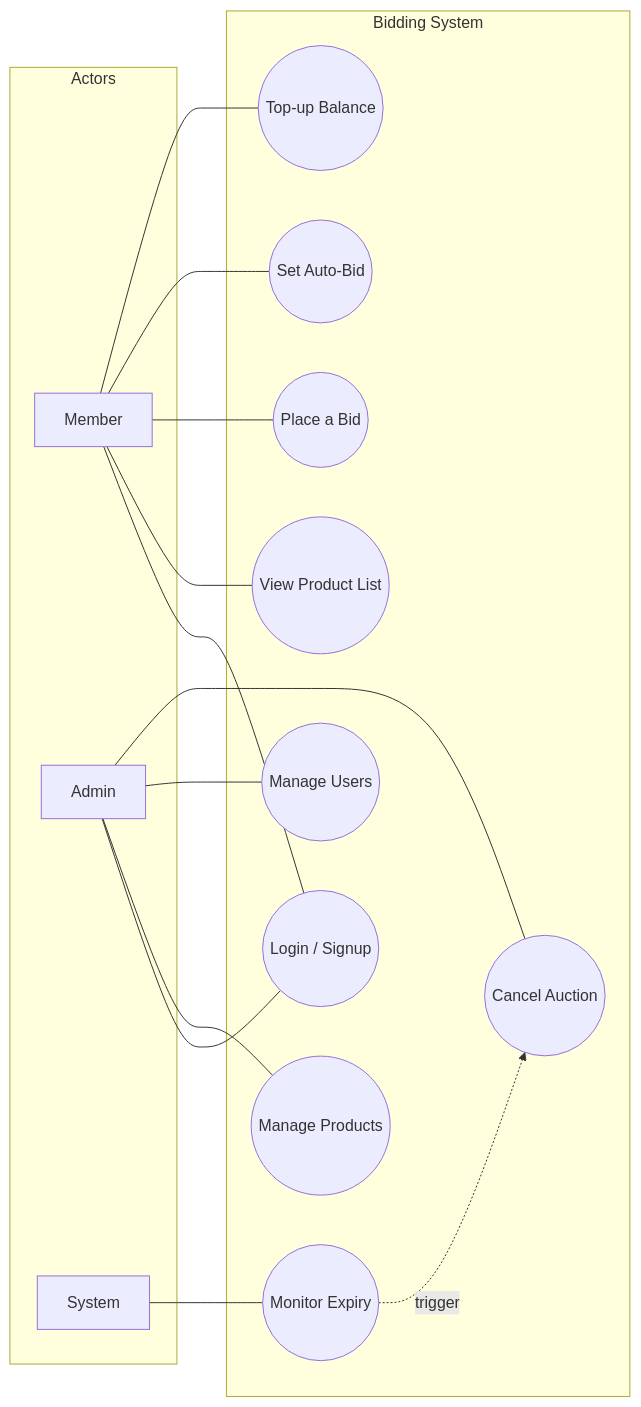
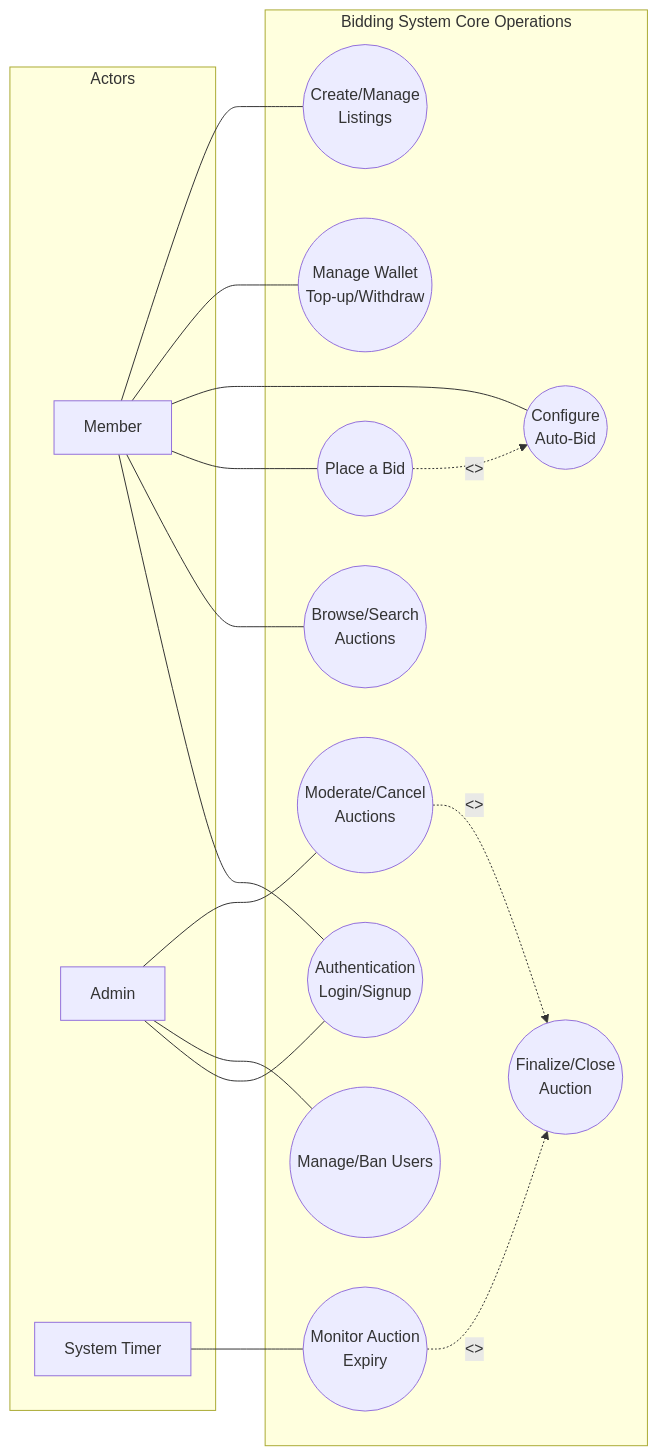
Before and after one commit to haidang9107/Bidding: the diagram in docs/UseCaseDiagram.md, drawn with Mermaid. The commit also changed other lines of this file and 160 other files, not shown here.

````diff
--- a/docs/UseCaseDiagram.md
+++ b/docs/UseCaseDiagram.md
@@ -3,34 +14,51 @@
 ```mermaid
 graph LR
+    %% Actors
     subgraph Actors
         M[Member]
         A[Admin]
-        S[System]
+        S[System Timer]
     end
 
-    subgraph "Bidding System"
-        UC1((Login / Signup))
-        UC2((View Product List))
-        UC3((Place a Bid))
-        UC4((Set Auto-Bid))
-        UC5((Top-up Balance))
-        UC6((Manage Products))
-        UC7((Manage Users))
-        UC8((Cancel Auction))
-        UC9((Monitor Expiry))
+    %% Use Cases
+    subgraph "Bidding System Core Operations"
+        %% Common Use Cases
+        UC_Auth(("Authentication<br>Login/Signup"))
+        
+        %% Member Specific Use Cases
+        UC_View(("Browse/Search<br>Auctions"))
+        UC_Bid(("Place a Bid"))
+        UC_AutoBid(("Configure<br>Auto-Bid"))
+        UC_Wallet(("Manage Wallet<br>Top-up/Withdraw"))
+        UC_Sell(("Create/Manage<br>Listings"))
+        
+        %% Admin Specific Use Cases
+        UC_UserMgmt(("Manage/Ban Users"))
+        UC_Moderate(("Moderate/Cancel<br>Auctions"))
+        
+        %% System Specific Use Cases
+        UC_Expiry(("Monitor Auction<br>Expiry"))
+        UC_Finalize(("Finalize/Close<br>Auction"))
     end
 
-    M --- UC1
-    M --- UC2
-    M --- UC3
-    M --- UC4
-    M --- UC5
+    %% Member Interactions
+    M --- UC_Auth
+    M --- UC_View
+    M --- UC_Bid
+    M --- UC_AutoBid
+    M --- UC_Wallet
+    M --- UC_Sell
 
-    A --- UC1
-    A --- UC6
-    A --- UC7
-    A --- UC8
+    %% Admin Interactions
+    A --- UC_Auth
+    A --- UC_UserMgmt
+    A --- UC_Moderate
 
-    S --- UC9
-    UC9 -. trigger .-> UC8
+    %% System Interactions
+    S --- UC_Expiry
+    
+    %% Relationships & Dependencies
+    UC_Expiry -. "<<include>>" .-> UC_Finalize
+    UC_Moderate -. "<<include>>" .-> UC_Finalize
+    UC_Bid -. "<<extend>>" .-> UC_AutoBid
 ```
````
